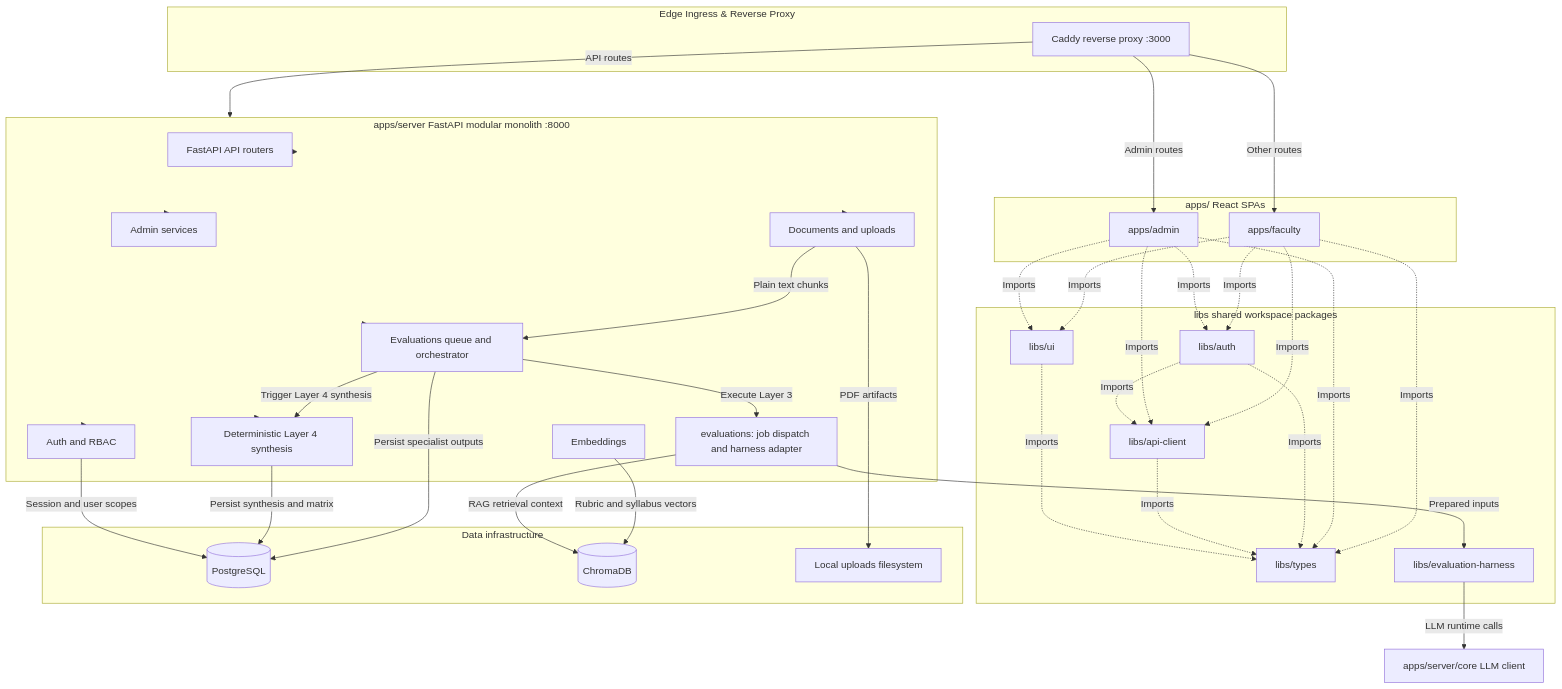
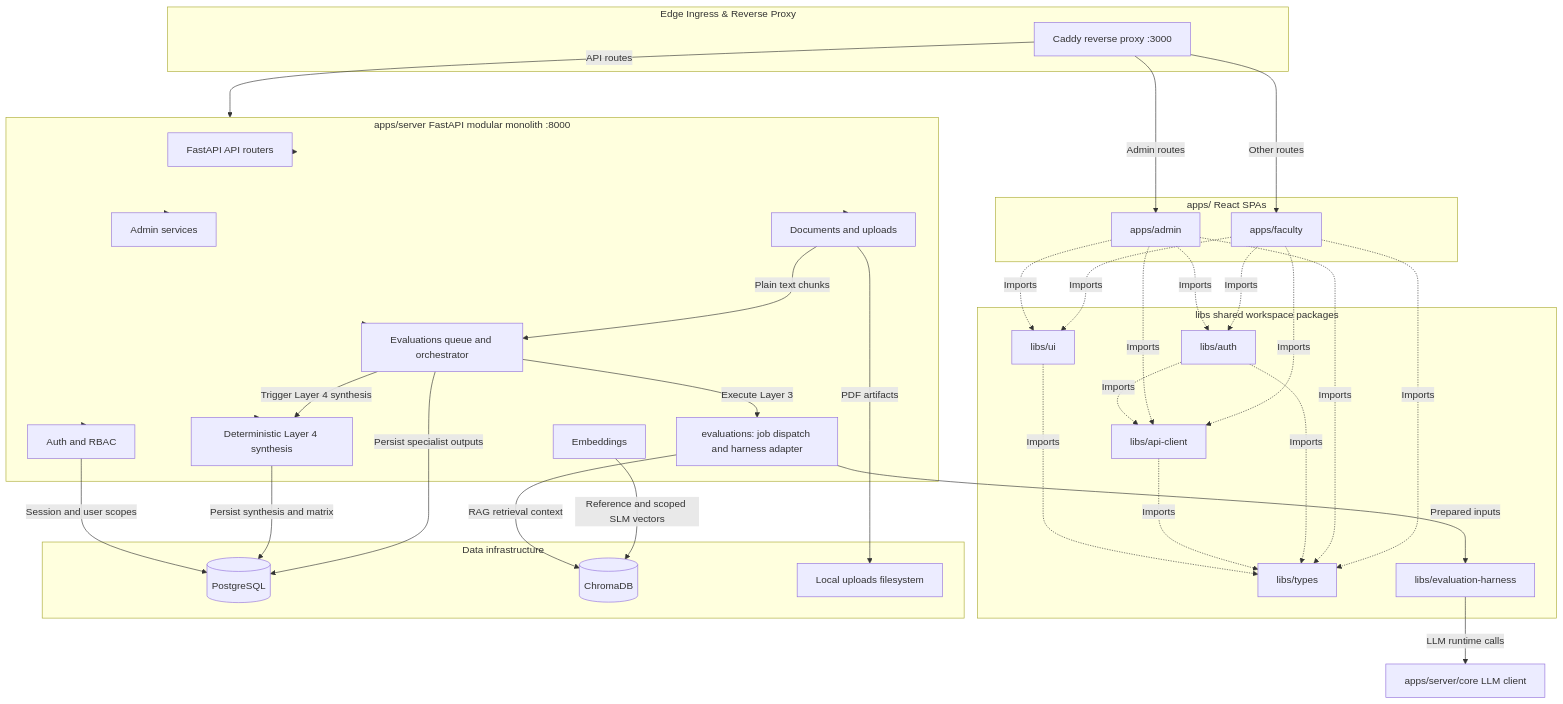
Before and after one commit to LSPU-EquipED/EquipED: the first of 3 diagrams in ARCHITECTURE.md, drawn with Mermaid. The commit also changed other lines of this file and 9 other files, not shown here.

````diff
--- a/ARCHITECTURE.md
+++ b/ARCHITECTURE.md
@@ -37,71 +37,71 @@
 ```mermaid
 graph TD
     subgraph Ingress ["Edge Ingress & Reverse Proxy"]
         Caddy["Caddy reverse proxy :3000"]
     end
 
     subgraph Client_Applications ["apps/ React SPAs"]
         FacultyApp["apps/faculty"]
         AdminApp["apps/admin"]
     end
 
     subgraph Backend_Monolith ["apps/server FastAPI modular monolith :8000"]
         APIRouter["FastAPI API routers"]
         AuthModule["Auth and RBAC"]
         DocModule["Documents and uploads"]
         EmbedModule["Embeddings"]
         EvalModule["Evaluations queue and orchestrator"]
         AgentCluster["evaluations: job dispatch and harness adapter"]
         SynthModule["Deterministic Layer 4 synthesis"]
         AdminModule["Admin services"]
     end
 
     subgraph Shared_Libraries ["libs shared workspace packages"]
         LibAuth["libs/auth"]
         LibApiClient["libs/api-client"]
         LibTypes["libs/types"]
         LibUI["libs/ui"]
         Harness["libs/evaluation-harness"]
     end
 
     subgraph Data_Storage ["Data infrastructure"]
         Postgres[("PostgreSQL")]
         Chroma[("ChromaDB")]
         LocalFS["Local uploads filesystem"]
     end
 
     Caddy -->|API routes| Backend_Monolith
     Caddy -->|Admin routes| AdminApp
     Caddy -->|Other routes| FacultyApp
 
     FacultyApp -.->|Imports| LibAuth
     FacultyApp -.->|Imports| LibApiClient
     FacultyApp -.->|Imports| LibTypes
     FacultyApp -.->|Imports| LibUI
     AdminApp -.->|Imports| LibAuth
     AdminApp -.->|Imports| LibApiClient
     AdminApp -.->|Imports| LibTypes
     AdminApp -.->|Imports| LibUI
     LibAuth -.->|Imports| LibApiClient
     LibAuth -.->|Imports| LibTypes
     LibApiClient -.->|Imports| LibTypes
     LibUI -.->|Imports| LibTypes
 
     Backend_Monolith --> APIRouter
     Backend_Monolith --> AuthModule
     Backend_Monolith --> DocModule
     Backend_Monolith --> EvalModule
     Backend_Monolith --> SynthModule
     Backend_Monolith --> AdminModule
     DocModule -->|Plain text chunks| EvalModule
     DocModule -->|PDF artifacts| LocalFS
-    EmbedModule -->|Rubric and syllabus vectors| Chroma
+    EmbedModule -->|Reference and scoped SLM vectors| Chroma
     AgentCluster -->|RAG retrieval context| Chroma
     EvalModule -->|Execute Layer 3| AgentCluster
     EvalModule -->|Persist specialist outputs| Postgres
     EvalModule -->|Trigger Layer 4 synthesis| SynthModule
     SynthModule -->|Persist synthesis and matrix| Postgres
     AuthModule -->|Session and user scopes| Postgres
     AgentCluster -->|Prepared inputs| Harness
     Harness -->|LLM runtime calls| CoreLLM["apps/server/core LLM client"]
 ```
````
